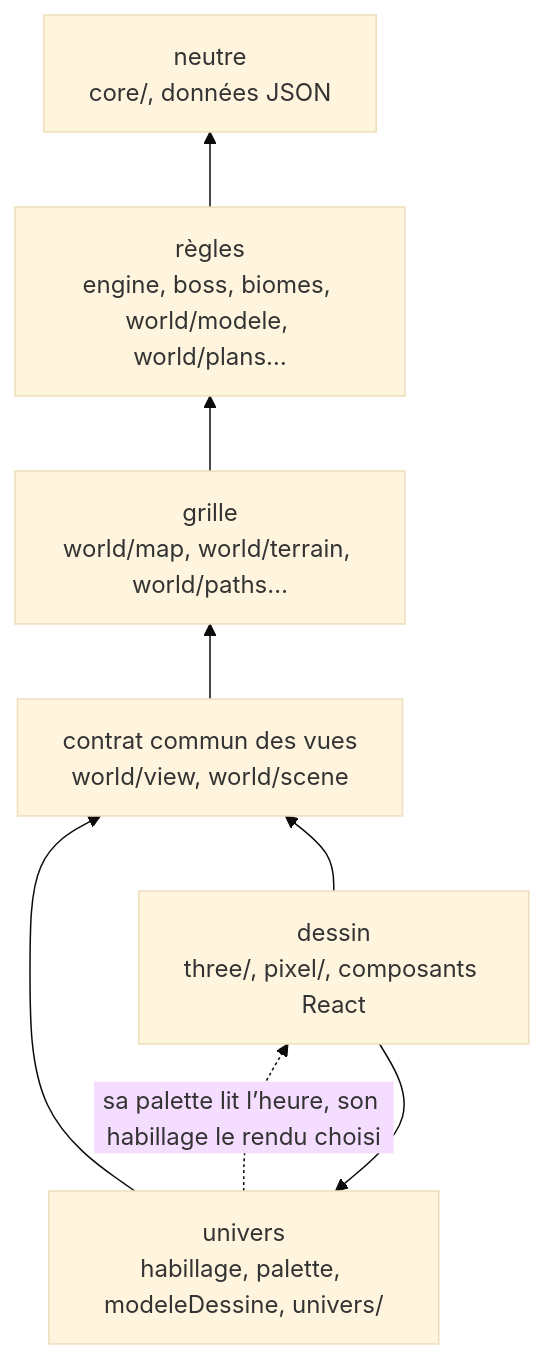
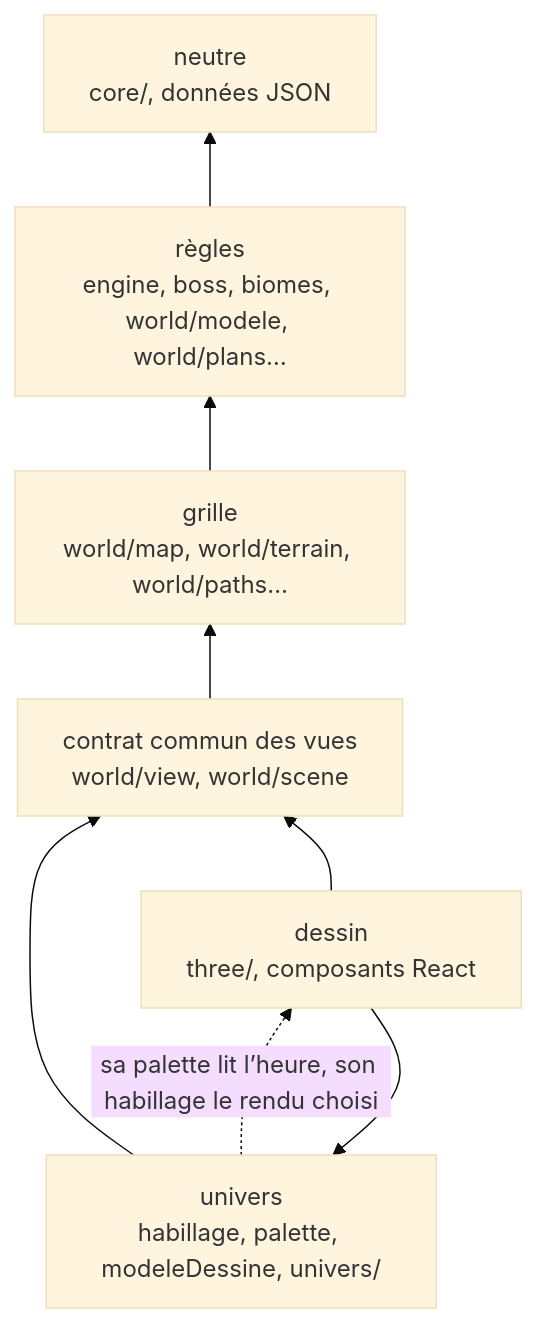
The fourth of 4 diagrams in docs/architecture/index.md (g7ed6e/dysapps), drawn with Mermaid (base theme) before and after one commit. The commit also changed 91 other files, not shown here.

````diff
--- a/docs/architecture/index.md
+++ b/docs/architecture/index.md
@@ -92,16 +92,16 @@
 ```mermaid
 flowchart BT
   neutre[neutre<br/>core/, données JSON]
   regle[règles<br/>engine, boss, biomes, world/modele, world/plans…]
   grille[grille<br/>world/map, world/terrain, world/paths…]
   commun[contrat commun des vues<br/>world/view, world/scene]
   univers[univers<br/>habillage, palette, modeleDessine, univers/]
-  dessin[dessin<br/>three/, pixel/, composants React]
+  dessin[dessin<br/>three/, composants React]
   regle --> neutre
   grille --> regle
   commun --> grille
   univers --> commun
   dessin --> univers
   dessin --> commun
   univers -. sa palette lit l’heure, son habillage le rendu choisi .-> dessin
 ```
````
